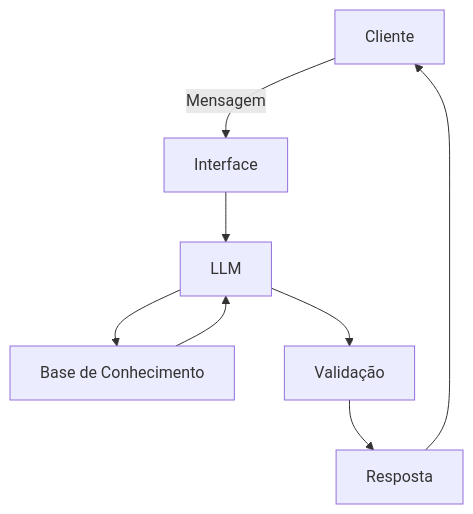
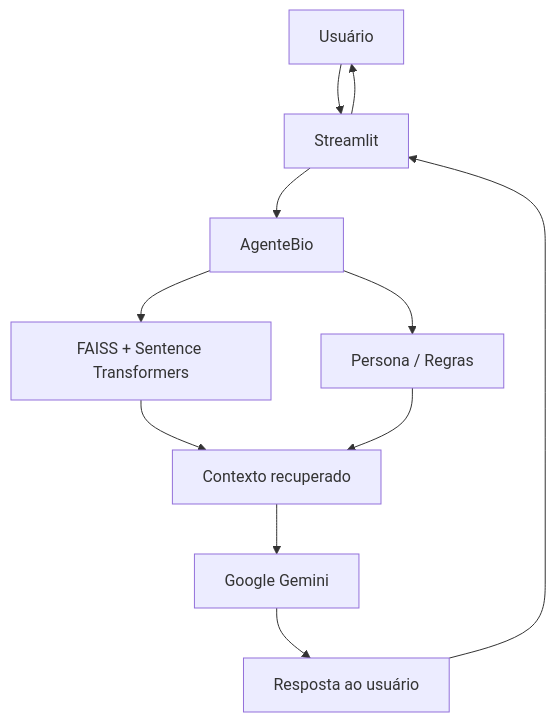
Before and after one commit to pedroivneto/desafio_DIO_assistenteVirtual: the diagram in docs/01-documentacao-agente.md, drawn with Mermaid. The commit also changed 20 other files, not shown here.

````diff
--- a/docs/01-documentacao-agente.md
+++ b/docs/01-documentacao-agente.md
@@ -45,10 +45,16 @@
 ```mermaid
 flowchart TD
-    A[Cliente] -->|Mensagem| B[Interface]
-    B --> C[LLM]
-    C --> D[Base de Conhecimento]
-    D --> C
-    C --> E[Validação]
-    E --> F[Resposta]
-    F --> A[Cliente]
+    A[Usuário] --> B[Streamlit]
+    B --> C[AgenteBio]
+
+    C --> D[FAISS + Sentence Transformers]
+    C --> E[Persona / Regras]
+
+    D --> F[Contexto recuperado]
+    E --> F[Contexto recuperado]
+
+    F --> G[Google Gemini]
+    G --> H[Resposta ao usuário]
+    H --> B[Streamlit]
+    B --> A[Usuário]
 ```
````
